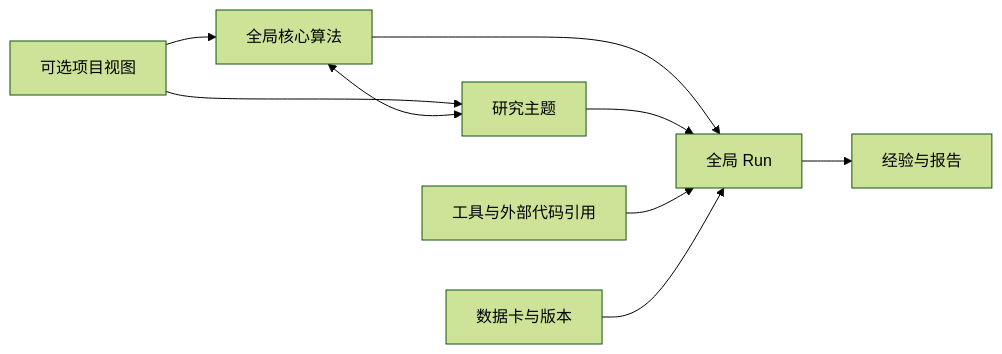
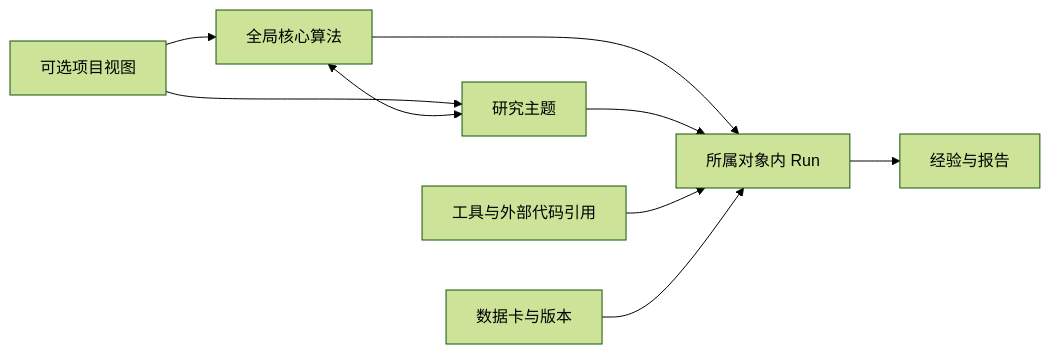
One commit to livky/A_work_auto_flow changed the diagram in ARCHITECTURE.md. Above: the diagram before and after it, drawn with Mermaid (forest theme). The commit also changed other lines of this file and 257 other files, not shown here.

````diff
--- a/ARCHITECTURE.md
+++ b/ARCHITECTURE.md
@@ -9,11 +9,11 @@
 ```mermaid
 flowchart LR
     P[可选项目视图] --> M[全局核心算法]
     P --> S[研究主题]
     M <--> S
-    M --> R[全局 Run]
+    M --> R[所属对象内 Run]
     S --> R
     T[工具与外部代码引用] --> R
     D[数据卡与版本] --> R
     R --> K[经验与报告]
 ```
````
